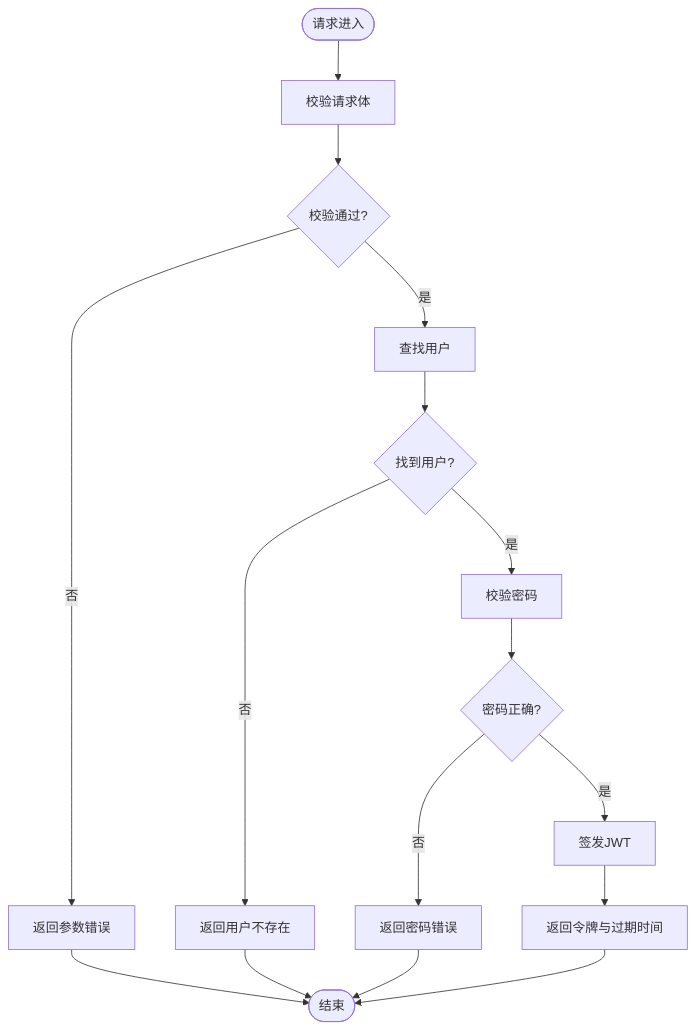
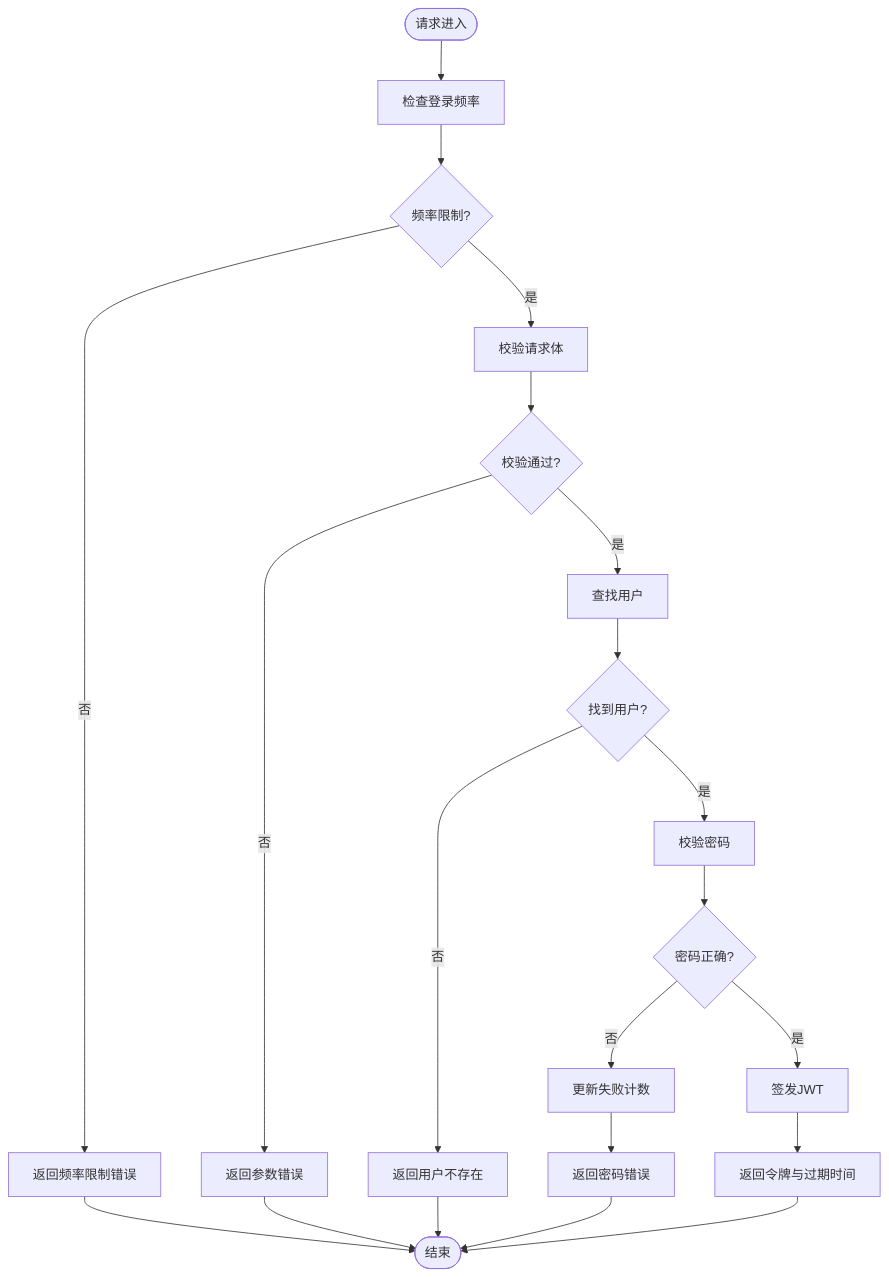
One commit to vu1Art1st/talos changed the third of 8 diagrams in .qoder/repowiki/zh/content/后端API文档/认证授权API.md. Above: the diagram before and after it, drawn with Mermaid. The commit also changed other lines of this file and 132 other files, not shown here.

````diff
--- a/.qoder/repowiki/zh/content/后端API文档/认证授权API.md
+++ b/.qoder/repowiki/zh/content/后端API文档/认证授权API.md
@@ -130,18 +150,23 @@
 ```mermaid
 flowchart TD
-Start(["请求进入"]) --> Validate["校验请求体"]
+Start(["请求进入"]) --> RateCheck["检查登录频率"]
+RateCheck --> RateOk{"频率限制?"}
+RateOk --> |否| ErrRate["返回频率限制错误"]
+RateOk --> |是| Validate["校验请求体"]
 Validate --> Valid{"校验通过?"}
 Valid --> |否| ErrParam["返回参数错误"]
 Valid --> |是| Lookup["查找用户"]
 Lookup --> Found{"找到用户?"}
 Found --> |否| ErrUser["返回用户不存在"]
 Found --> |是| CheckPwd["校验密码"]
 CheckPwd --> PwdOk{"密码正确?"}
-PwdOk --> |否| ErrPwd["返回密码错误"]
+PwdOk --> |否| UpdateAttempts["更新失败计数"]
+UpdateAttempts --> PwdErr["返回密码错误"]
 PwdOk --> |是| Issue["签发JWT"]
 Issue --> Return["返回令牌与过期时间"]
-ErrParam --> End(["结束"])
+ErrRate --> End(["结束"])
+ErrParam --> End
 ErrUser --> End
-ErrPwd --> End
+PwdErr --> End
 Return --> End
 ```
````
